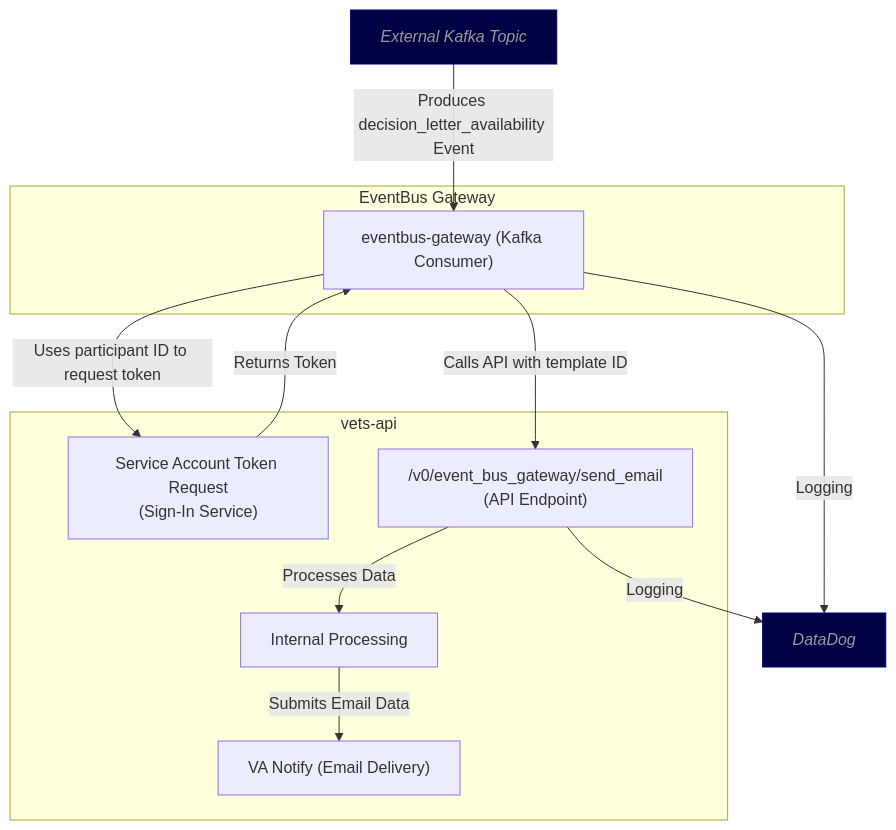
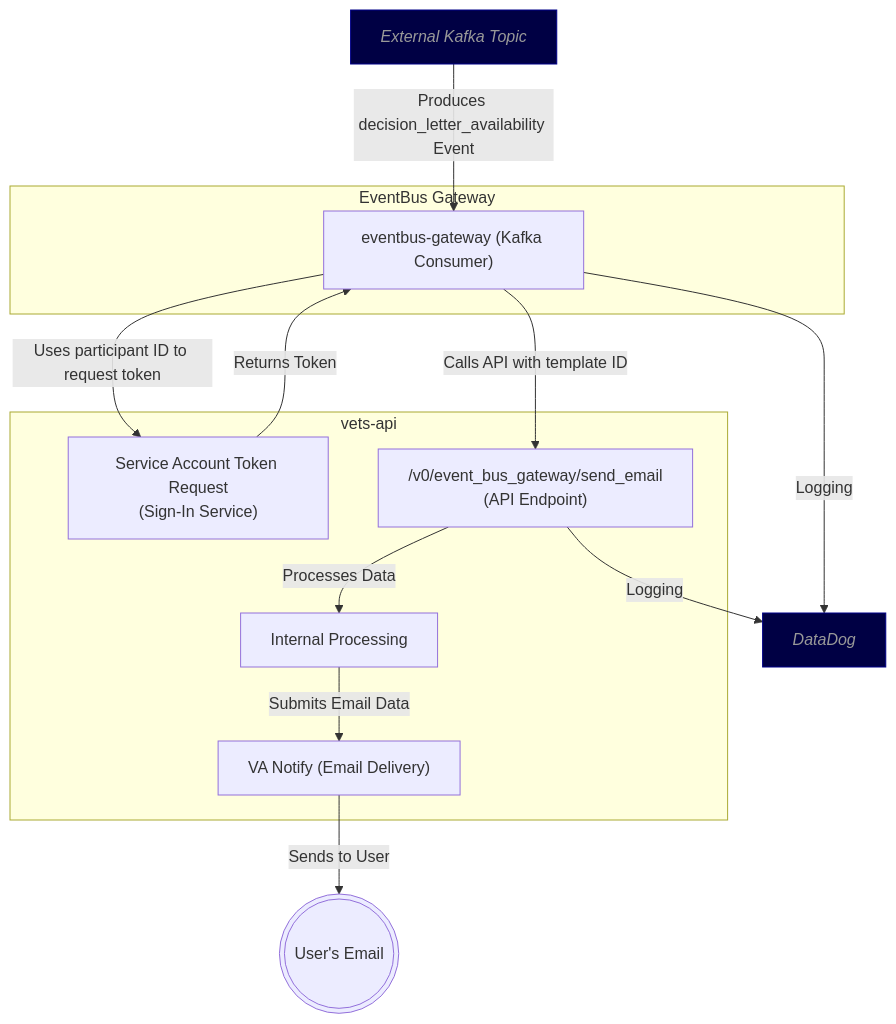
Before and after one commit to department-of-veterans-affairs/va.gov-team: the diagram in products/claim-appeal-status/event-bus-notify/Architecture Diagram.md, drawn with Mermaid. The commit also changed other lines of this file, not shown here.

Commit message:
Update Architecture Diagram.md

````diff
--- a/products/claim-appeal-status/event-bus-notify/Architecture Diagram.md
+++ b/products/claim-appeal-status/event-bus-notify/Architecture Diagram.md
@@ -3,29 +3,32 @@
 ```mermaid
 flowchart TD
     A[External Kafka Topic]:::external
     G[DataDog]:::external
 
     subgraph EventBus Gateway
       B["eventbus-gateway (Kafka Consumer)"]
     end
 
     subgraph vets-api
       C["Service Account Token Request<br/>(Sign-In Service)"]
       D["/v0/event_bus_gateway/send_email<br/>(API Endpoint)"]
       E[Internal Processing]
       F["VA Notify (Email Delivery)"]
     end
 
+    H(((User's Email)))
+
     %% Flow
     A -- Produces decision_letter_availability Event --> B
     B -- Uses participant ID to request token --> C
     C -- Returns Token --> B
     B -- Calls API with template ID --> D
     D -- Processes Data --> E
     E -- Submits Email Data --> F
     B -- Logging --> G
     D -- Logging --> G
+    F -- Sends to User --> H
 
     classDef external color:#999,fill:#004,stroke:#008,font-style:italic;
     classDef note color:#000,fill:#ff88,stroke:#fff8,stroke-width:5px,font-size:0.9rem;
 ```
````
